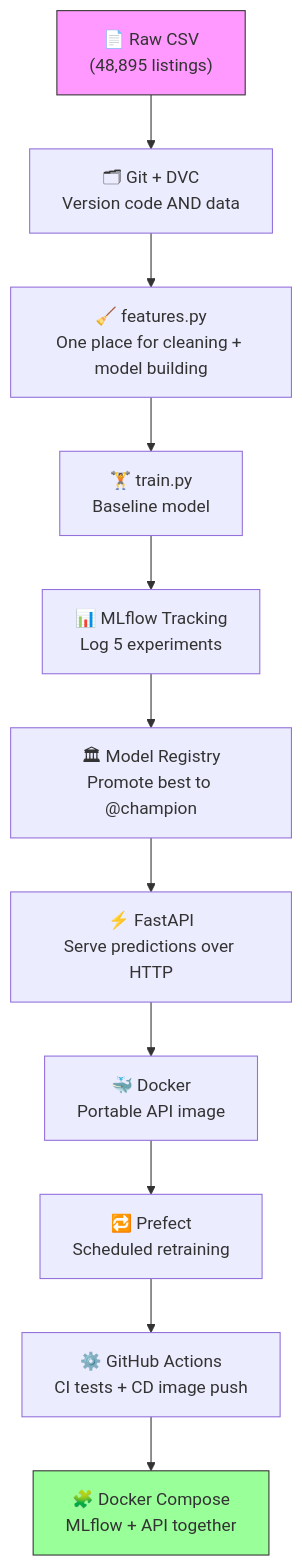
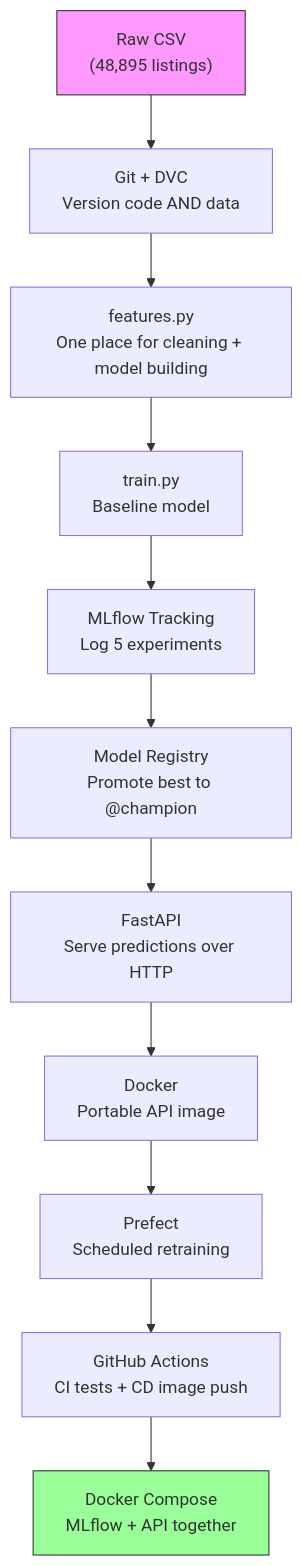
Before and after one commit to shikharkumar13/-NYC-Airbnb-Price-Prediction-MLOps: the first of 16 diagrams in implementation.md, drawn with Mermaid. The commit also changed other lines of this file and 1 other file, not shown here.

````diff
--- a/implementation.md
+++ b/implementation.md
@@ -34,19 +34,19 @@
 ```mermaid
 flowchart TD
-    A["📄 Raw CSV\n(48,895 listings)"]
-    B["🗂 Git + DVC\nVersion code AND data"]
-    C["🧹 features.py\nOne place for cleaning + model building"]
-    D["🏋️ train.py\nBaseline model"]
-    E["📊 MLflow Tracking\nLog 5 experiments"]
-    F["🏛 Model Registry\nPromote best to @champion"]
-    G["⚡ FastAPI\nServe predictions over HTTP"]
-    H["🐳 Docker\nPortable API image"]
-    I["🔁 Prefect\nScheduled retraining"]
-    J["⚙️ GitHub Actions\nCI tests + CD image push"]
-    K["🧩 Docker Compose\nMLflow + API together"]
+    A["Raw CSV\n(48,895 listings)"]
+    B["Git + DVC\nVersion code AND data"]
+    C["features.py\nOne place for cleaning + model building"]
+    D["train.py\nBaseline model"]
+    E["MLflow Tracking\nLog 5 experiments"]
+    F["Model Registry\nPromote best to @champion"]
+    G["FastAPI\nServe predictions over HTTP"]
+    H["Docker\nPortable API image"]
+    I["Prefect\nScheduled retraining"]
+    J["GitHub Actions\nCI tests + CD image push"]
+    K["Docker Compose\nMLflow + API together"]
 
     A --> B --> C --> D --> E --> F --> G --> H --> I --> J --> K
 
     style A fill:#f9f,stroke:#333
     style K fill:#9f9,stroke:#333
 ```
````
